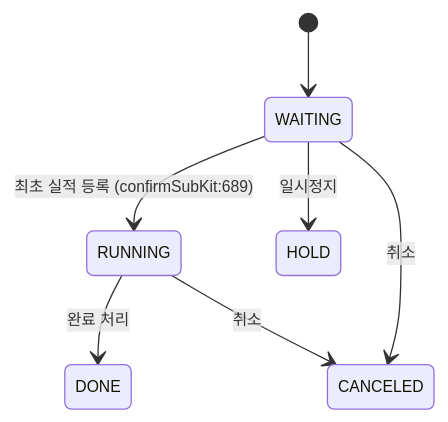
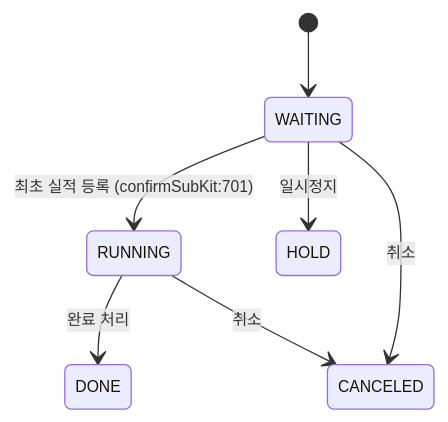
Before and after one commit to YouHyuksoo/HANES: the sixth of 6 diagrams in docs/business-logics/PROD_KITTING.md, drawn with Mermaid. The commit also changed other lines of this file and 3 other files, not shown here.

````diff
--- a/docs/business-logics/PROD_KITTING.md
+++ b/docs/business-logics/PROD_KITTING.md
@@ -235,10 +245,10 @@
 ```mermaid
 %%{init: {'themeVariables': {'fontSize': '12px'}}}%%
 stateDiagram-v2
     [*] --> WAITING
-    WAITING --> RUNNING : 최초 실적 등록 (confirmSubKit:689)
+    WAITING --> RUNNING : 최초 실적 등록 (confirmSubKit:701)
     RUNNING --> DONE : 완료 처리
     WAITING --> HOLD : 일시정지
     WAITING --> CANCELED : 취소
     RUNNING --> CANCELED : 취소
 ```
````
